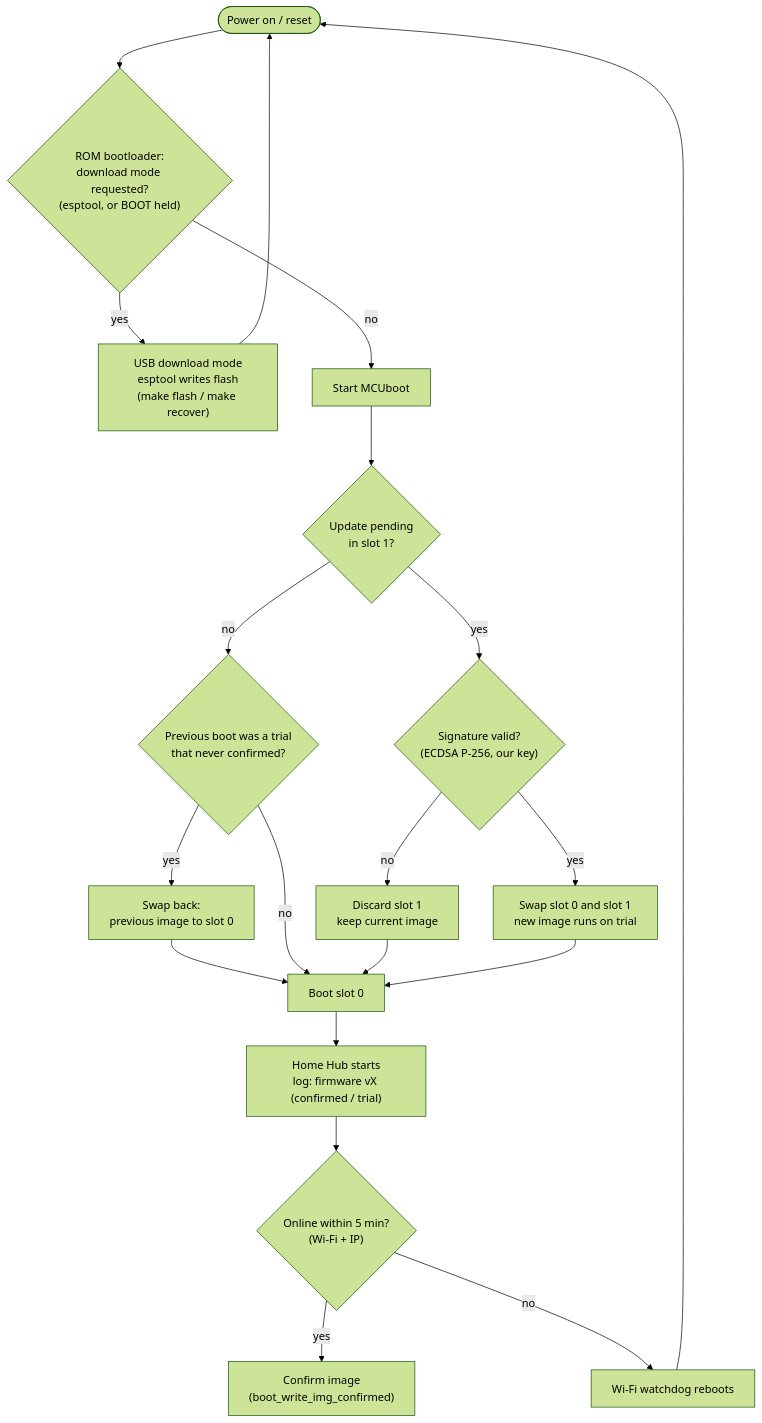
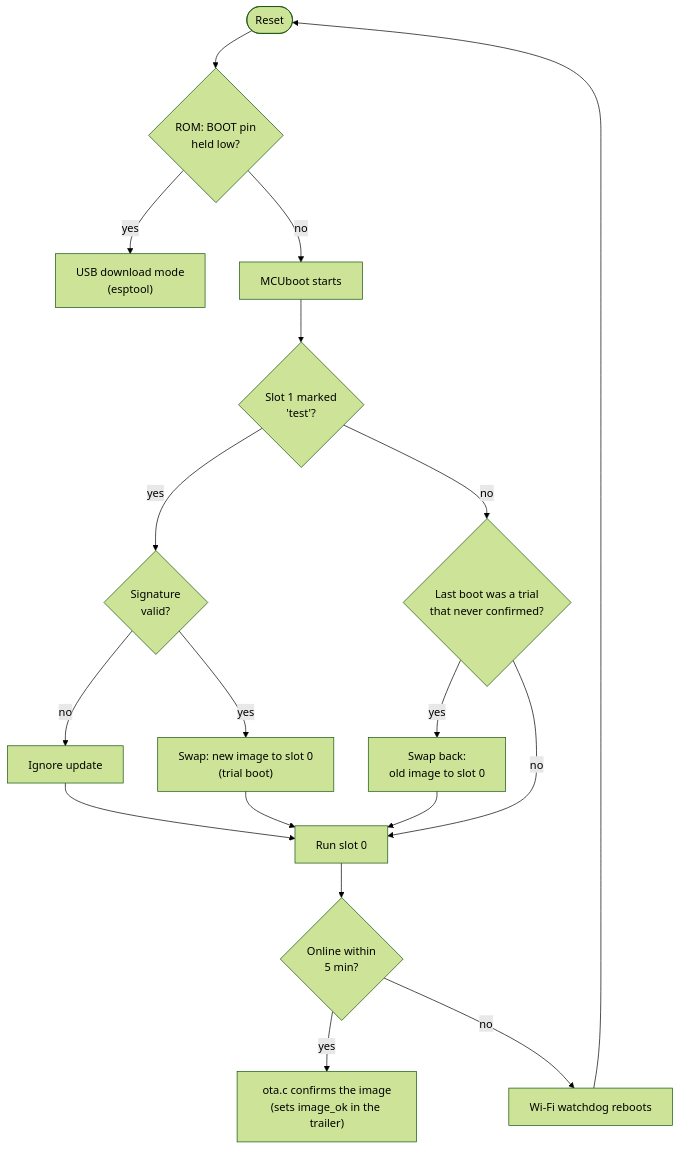
One commit to bbzorba/ESP32C6-Zephyr-IoT-Projects changed the third of 3 diagrams in applications/web_app/BOOTLOADER.md. Above: the diagram before and after it, drawn with Mermaid (forest theme). The commit also changed other lines of this file and 1 other file, not shown here.

First line of the commit message:
Bootloader design doc: clearer architecture, flash timeline, rollback and resets

````diff
--- a/applications/web_app/BOOTLOADER.md
+++ b/applications/web_app/BOOTLOADER.md
@@ -45,22 +65,19 @@
 ```mermaid
 flowchart TD
-    R([Power on / reset]) --> ROM{"ROM bootloader:<br/>download mode requested?<br/>(esptool, or BOOT held)"}
-    ROM -- yes --> DL["USB download mode<br/>esptool writes flash<br/>(make flash / make recover)"]
-    DL --> R
-    ROM -- no --> MB["Start MCUboot"]
-    MB --> PEND{"Update pending<br/>in slot 1?"}
-    PEND -- no --> TRIAL{"Previous boot was a trial<br/>that never confirmed?"}
-    TRIAL -- yes --> REVERT["Swap back:<br/>previous image to slot 0"]
-    REVERT --> BOOT
-    TRIAL -- no --> BOOT["Boot slot 0"]
-    PEND -- yes --> SIG{"Signature valid?<br/>(ECDSA P-256, our key)"}
-    SIG -- no --> ERASE["Discard slot 1<br/>keep current image"]
-    ERASE --> BOOT
-    SIG -- yes --> SWAP["Swap slot 0 and slot 1<br/>new image runs on trial"]
-    SWAP --> BOOT
-    BOOT --> APP["Home Hub starts<br/>log: firmware vX (confirmed / trial)"]
-    APP --> ONLINE{"Online within 5 min?<br/>(Wi-Fi + IP)"}
-    ONLINE -- yes --> CONF["Confirm image<br/>(boot_write_img_confirmed)"]
-    ONLINE -- no --> REBOOT["Wi-Fi watchdog reboots"]
-    REBOOT --> R
+    R([Reset]) --> ROM{"ROM: BOOT pin<br/>held low?"}
+    ROM -- yes --> DL["USB download mode<br/>(esptool)"]
+    ROM -- no --> MB["MCUboot starts"]
+    MB --> P{"Slot 1 marked<br/>'test'?"}
+    P -- yes --> SIG{"Signature<br/>valid?"}
+    SIG -- no --> KEEP["Ignore update"]
+    SIG -- yes --> SWAP["Swap: new image to slot 0<br/>(trial boot)"]
+    P -- no --> T{"Last boot was a trial<br/>that never confirmed?"}
+    T -- yes --> REV["Swap back:<br/>old image to slot 0"]
+    T -- no --> RUN
+    KEEP --> RUN
+    SWAP --> RUN
+    REV --> RUN["Run slot 0"]
+    RUN --> ON{"Online within<br/>5 min?"}
+    ON -- yes --> OK["ota.c confirms the image<br/>(sets image_ok in the trailer)"]
+    ON -- no --> WD["Wi-Fi watchdog reboots"] --> R
 ```
````
